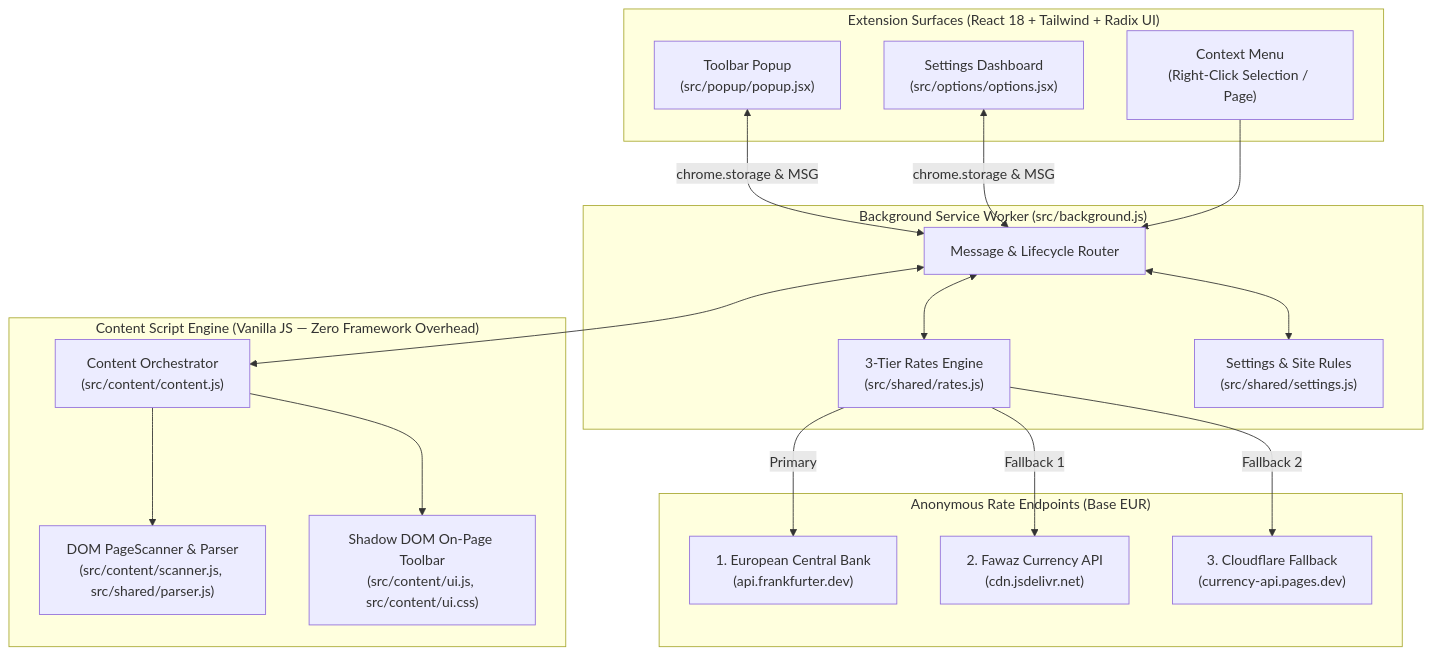
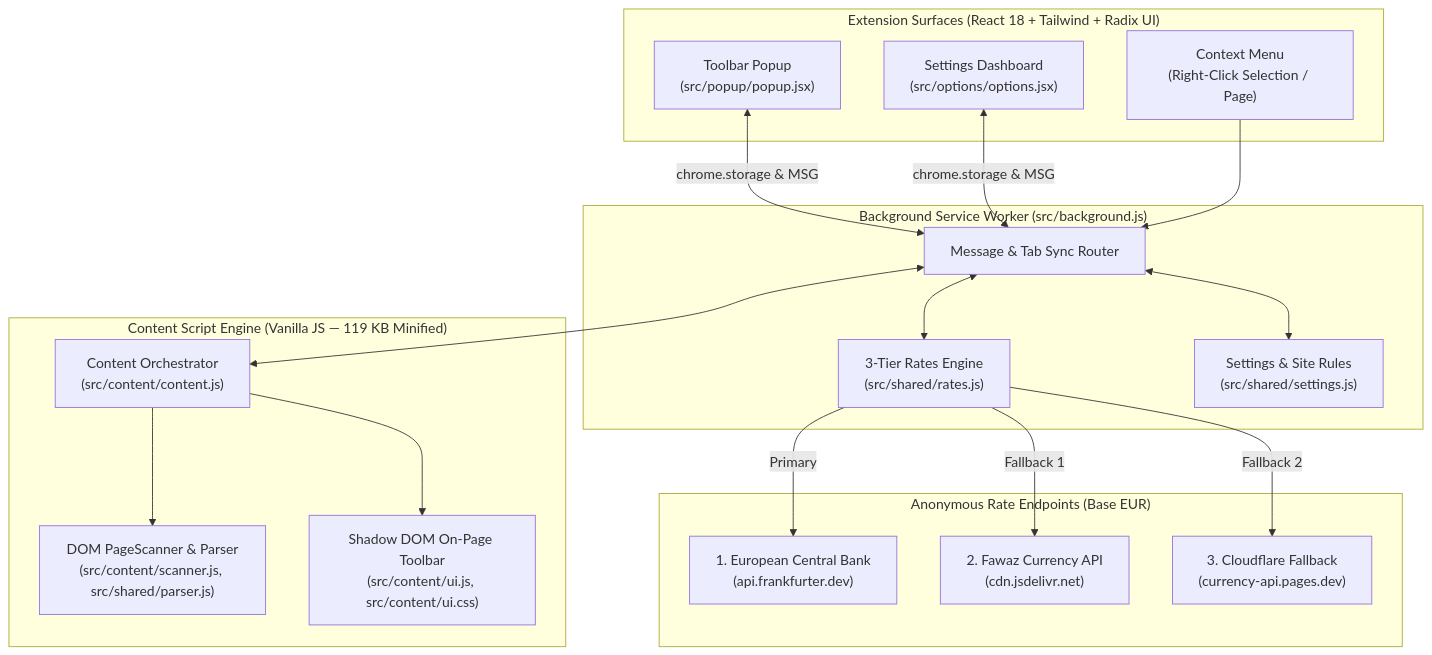
One commit to richmondsogo/canji changed the diagram in README.md. Above: the diagram before and after it, drawn with Mermaid. The commit also changed other lines of this file and 40 other files, not shown here.

````diff
--- a/README.md
+++ b/README.md
@@ -70,38 +96,38 @@
 ```mermaid
 flowchart TD
     subgraph Surfaces ["Extension Surfaces (React 18 + Tailwind + Radix UI)"]
         Popup["Toolbar Popup<br/>(src/popup/popup.jsx)"]
         Options["Settings Dashboard<br/>(src/options/options.jsx)"]
         ContextMenu["Context Menu<br/>(Right-Click Selection / Page)"]
     end
 
     subgraph Background ["Background Service Worker (src/background.js)"]
-        Router["Message & Lifecycle Router"]
+        Router["Message & Tab Sync Router"]
         RatesEngine["3-Tier Rates Engine<br/>(src/shared/rates.js)"]
         SettingsMgr["Settings & Site Rules<br/>(src/shared/settings.js)"]
     end
 
-    subgraph Content ["Content Script Engine (Vanilla JS — Zero Framework Overhead)"]
+    subgraph Content ["Content Script Engine (Vanilla JS — 119 KB Minified)"]
         Orchestrator["Content Orchestrator<br/>(src/content/content.js)"]
         Scanner["DOM PageScanner & Parser<br/>(src/content/scanner.js, src/shared/parser.js)"]
         Pill["Shadow DOM On-Page Toolbar<br/>(src/content/ui.js, src/content/ui.css)"]
     end
 
     subgraph Providers ["Anonymous Rate Endpoints (Base EUR)"]
         ECB["1. European Central Bank<br/>(api.frankfurter.dev)"]
         CDN["2. Fawaz Currency API<br/>(cdn.jsdelivr.net)"]
         Pages["3. Cloudflare Fallback<br/>(currency-api.pages.dev)"]
     end
 
-    Popup <-->|chrome.storage & MSG| Router
-    Options <-->|chrome.storage & MSG| Router
+    Popup <-->|"chrome.storage & MSG"| Router
+    Options <-->|"chrome.storage & MSG"| Router
     ContextMenu --> Router
     Router <--> Orchestrator
     Orchestrator --> Scanner
     Orchestrator --> Pill
     Router <--> SettingsMgr
     Router <--> RatesEngine
     RatesEngine -->|Primary| ECB
     RatesEngine -->|Fallback 1| CDN
     RatesEngine -->|Fallback 2| Pages
 ```
````
